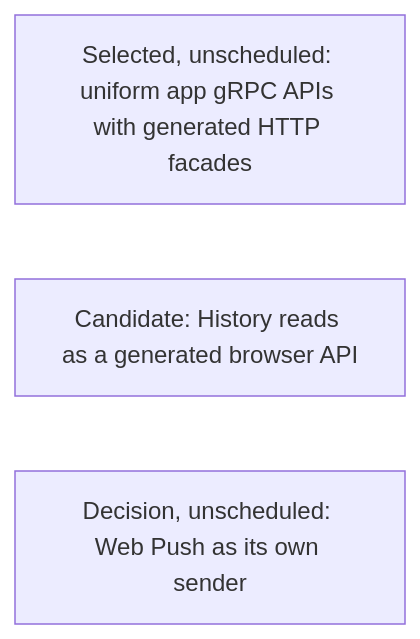
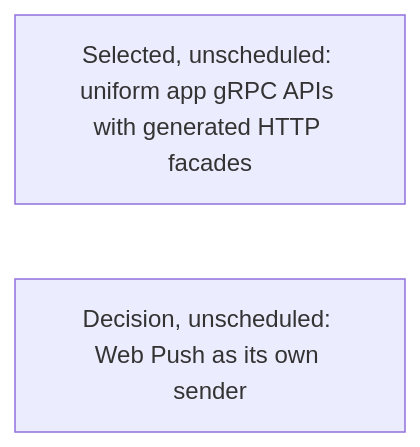
One commit to agentydragon/ducktape changed diagram 16 of 18 in agentplane/plans/task_dag.md. Above: the diagram before and after it, drawn with Mermaid. The commit also changed other lines of this file and 10 other files, not shown here.

Commit message:
Finish History read facade cleanup

````diff
--- a/agentplane/plans/task_dag.md
+++ b/agentplane/plans/task_dag.md
@@ -2175,6 +2174,5 @@
 ```mermaid
 flowchart LR
     APP_API_GRPC_FACADE[Selected, unscheduled: uniform app gRPC APIs with generated HTTP facades]
-    HISTORY_READS_FACADE[Candidate: History reads as a generated browser API]
     WEB_PUSH_SERVICE[Decision, unscheduled: Web Push as its own sender]
 ```
````
